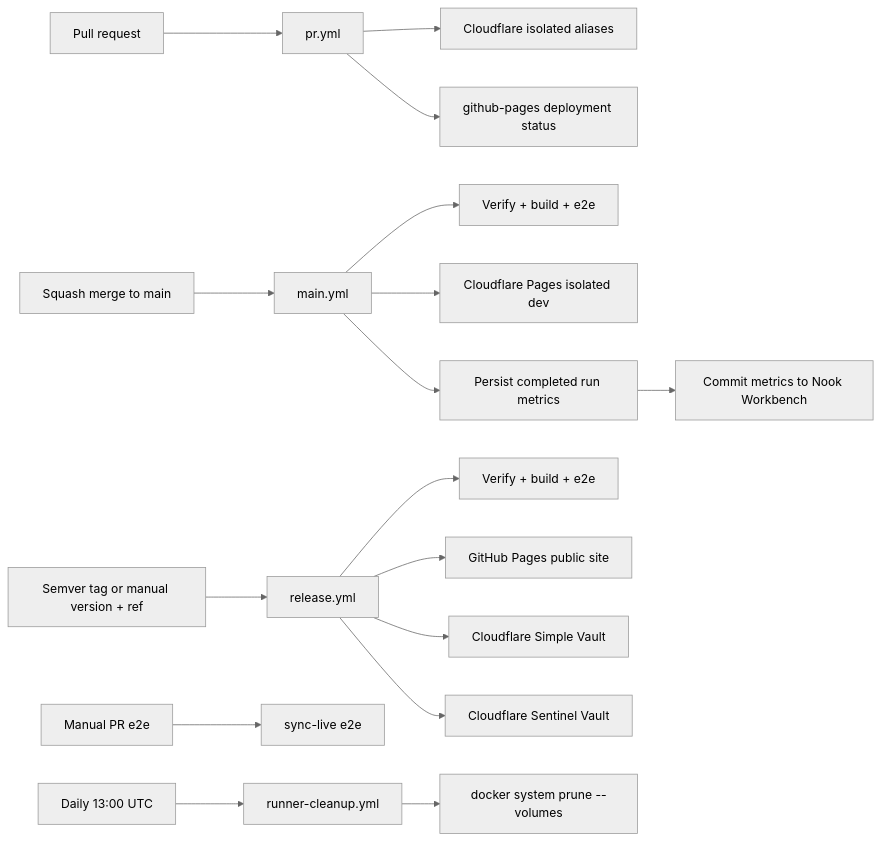
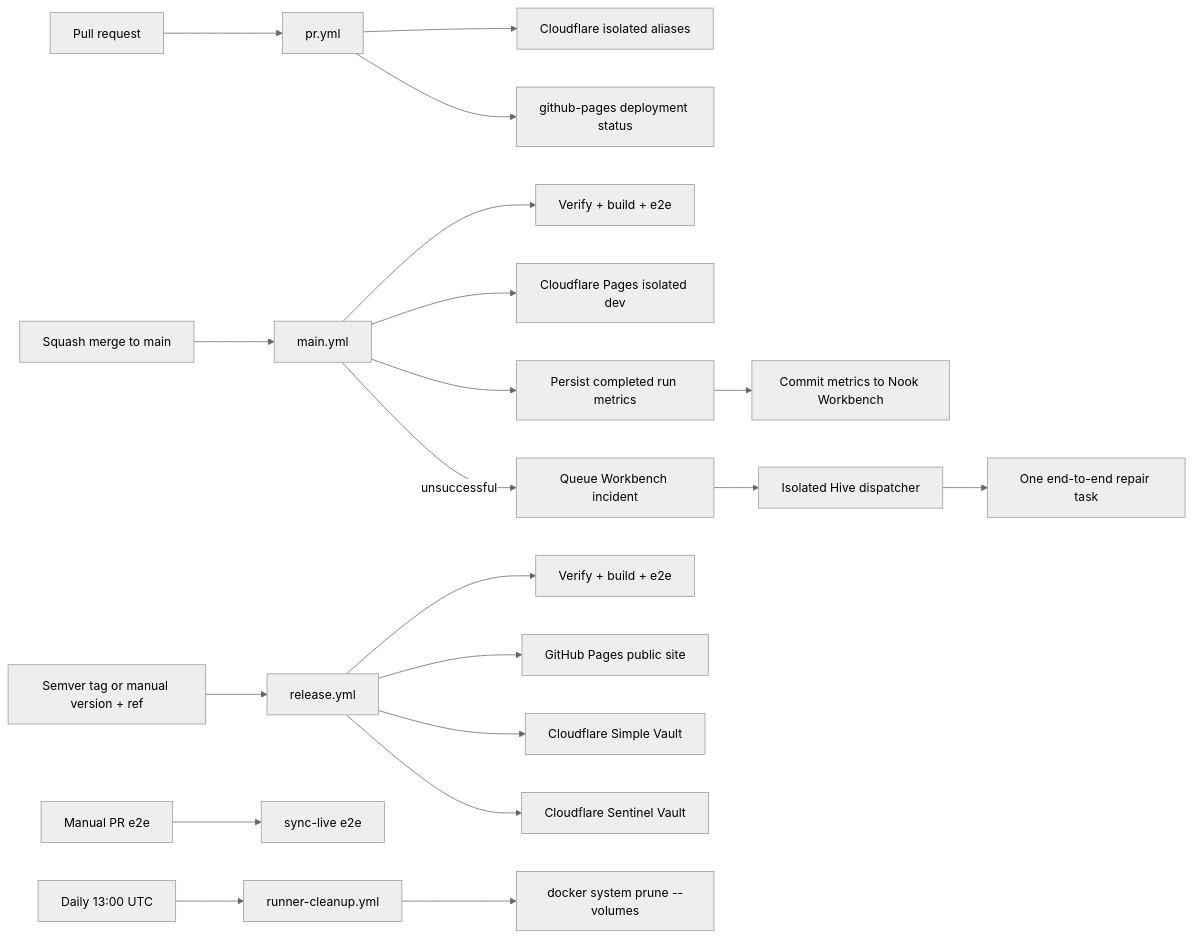
One commit to meta-secret/nook changed the diagram in .cortex/workflows/ci-pipeline.md. Above: the diagram before and after it, drawn with Mermaid (neutral theme). The commit also changed other lines of this file and 55 other files, not shown here.

Commit message:
Build isolated Hive agent platform (#786)

````diff
--- a/.cortex/workflows/ci-pipeline.md
+++ b/.cortex/workflows/ci-pipeline.md
@@ -25,23 +27,26 @@
 ```mermaid
 flowchart LR
   PR[Pull request] --> pr_yml[pr.yml]
   pr_yml --> preview[Cloudflare isolated aliases]
   pr_yml --> pr_deployment[github-pages deployment status]
 
   merge[Squash merge to main] --> main_yml[main.yml]
   main_yml --> main_verify[Verify + build + e2e]
   main_yml --> cf_dev[Cloudflare Pages isolated dev]
   main_yml --> main_stats[Persist completed run metrics]
   main_stats --> workbench_stats[Commit metrics to Nook Workbench]
+  main_yml -->|unsuccessful| main_failure[Queue Workbench incident]
+  main_failure --> hive_dispatcher[Isolated Hive dispatcher]
+  hive_dispatcher --> hive_worker[One end-to-end repair task]
 
   release[Semver tag or manual version + ref] --> release_yml[release.yml]
   release_yml --> release_verify[Verify + build + e2e]
   release_yml --> pages[GitHub Pages public site]
   release_yml --> simple_cf[Cloudflare Simple Vault]
   release_yml --> sentinel_cf[Cloudflare Sentinel Vault]
 
   manual_e2e[Manual PR e2e] --> e2e_live[sync-live e2e]
 
   cleanup_cron[Daily 13:00 UTC] --> cleanup[runner-cleanup.yml]
   cleanup --> docker_prune["docker system prune --volumes"]
 ```
````
